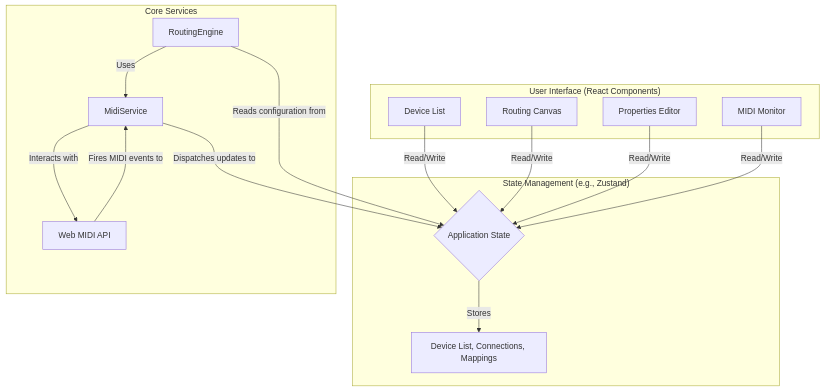
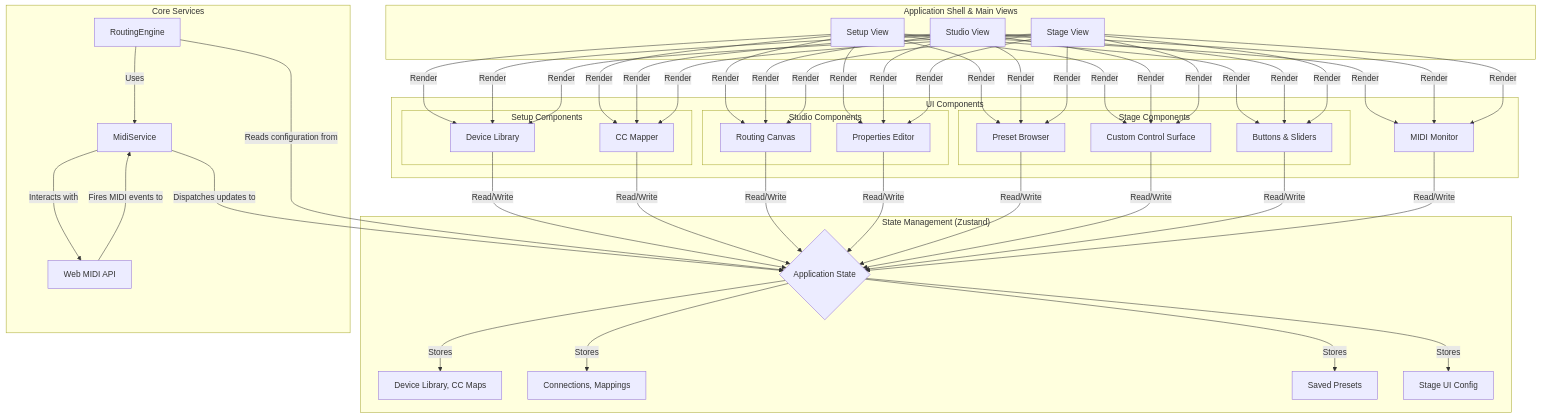
The diagram in doc/architecture.md (mrwylan/midi-stage), drawn with Mermaid before and after one commit. The commit also changed other lines of this file and 5 other files, not shown here.

````diff
--- a/doc/architecture.md
+++ b/doc/architecture.md
@@ -5,27 +5,47 @@
 ```mermaid
 graph TD
-    subgraph "User Interface (React Components)"
-        A[Device List]
-        B[Routing Canvas]
-        C[Properties Editor]
-        D[MIDI Monitor]
+    subgraph "Application Shell & Main Views"
+        V1[Setup View]
+        V2[Studio View]
+        V3[Stage View]
     end
 
-    subgraph "State Management (e.g., Zustand)"
+    subgraph "UI Components"
+        subgraph "Setup Components"
+            S1[Device Library]
+            S2[CC Mapper]
+        end
+        subgraph "Studio Components"
+            St1[Routing Canvas]
+            St2[Properties Editor]
+        end
+        subgraph "Stage Components"
+            Sg1[Preset Browser]
+            Sg2[Custom Control Surface]
+            Sg3[Buttons & Sliders]
+        end
+        Shared[MIDI Monitor]
+    end
+
+    subgraph "State Management (Zustand)"
         E{Application State}
-        E -- Stores --> F[Device List, Connections, Mappings]
+        E -- Stores --> DLib[Device Library, CC Maps]
+        E -- Stores --> Rout[Connections, Mappings]
+        E -- Stores --> Presets[Saved Presets]
+        E -- Stores --> StageUI[Stage UI Config]
     end
 
     subgraph "Core Services"
         G[MidiService] -- Interacts with --> H[Web MIDI API]
         I[RoutingEngine]
     end
 
-    A & B & C & D -- "Read/Write" --> E
+    V1 & V2 & V3 -- "Render" --> S1 & S2 & St1 & St2 & Sg1 & Sg2 & Sg3 & Shared
+    S1 & S2 & St1 & St2 & Sg1 & Sg2 & Sg3 & Shared -- "Read/Write" --> E
 
     G -- "Dispatches updates to" --> E
     I -- "Reads configuration from" --> E
     I -- "Uses" --> G
 
     H -- "Fires MIDI events to" --> G
 ```
````
